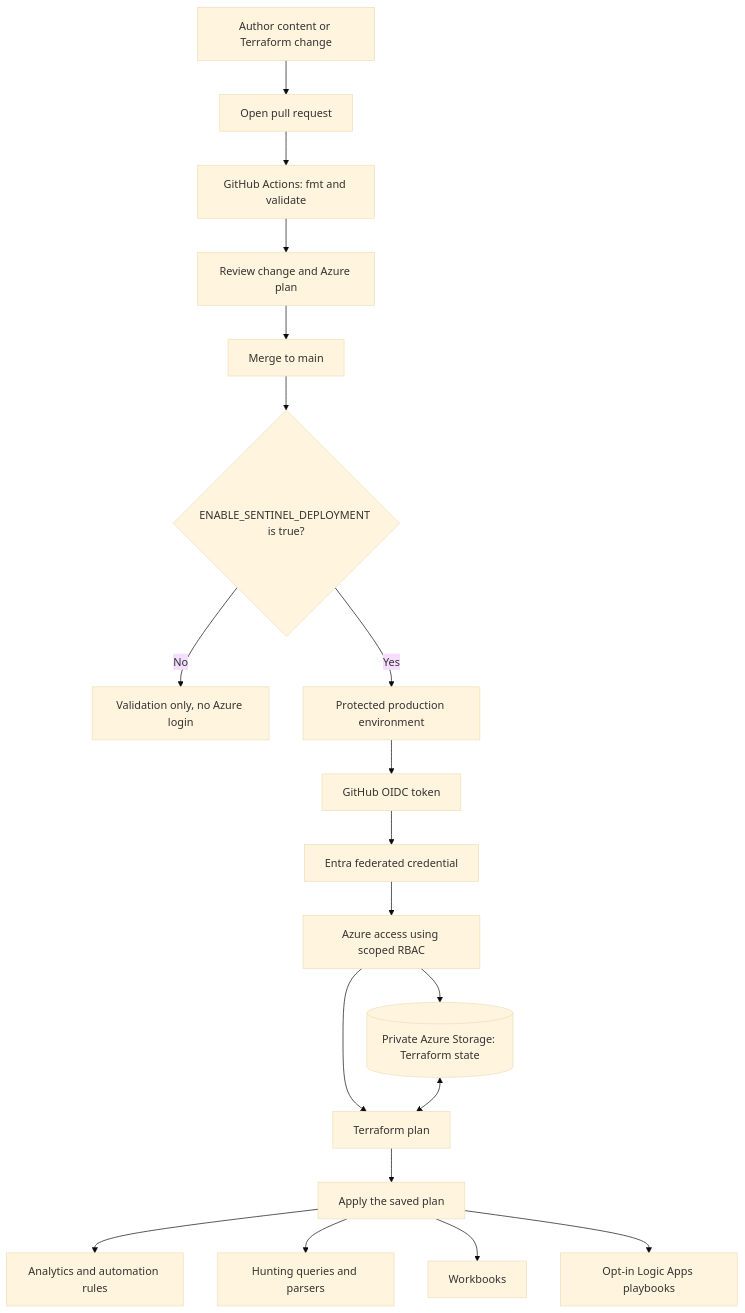
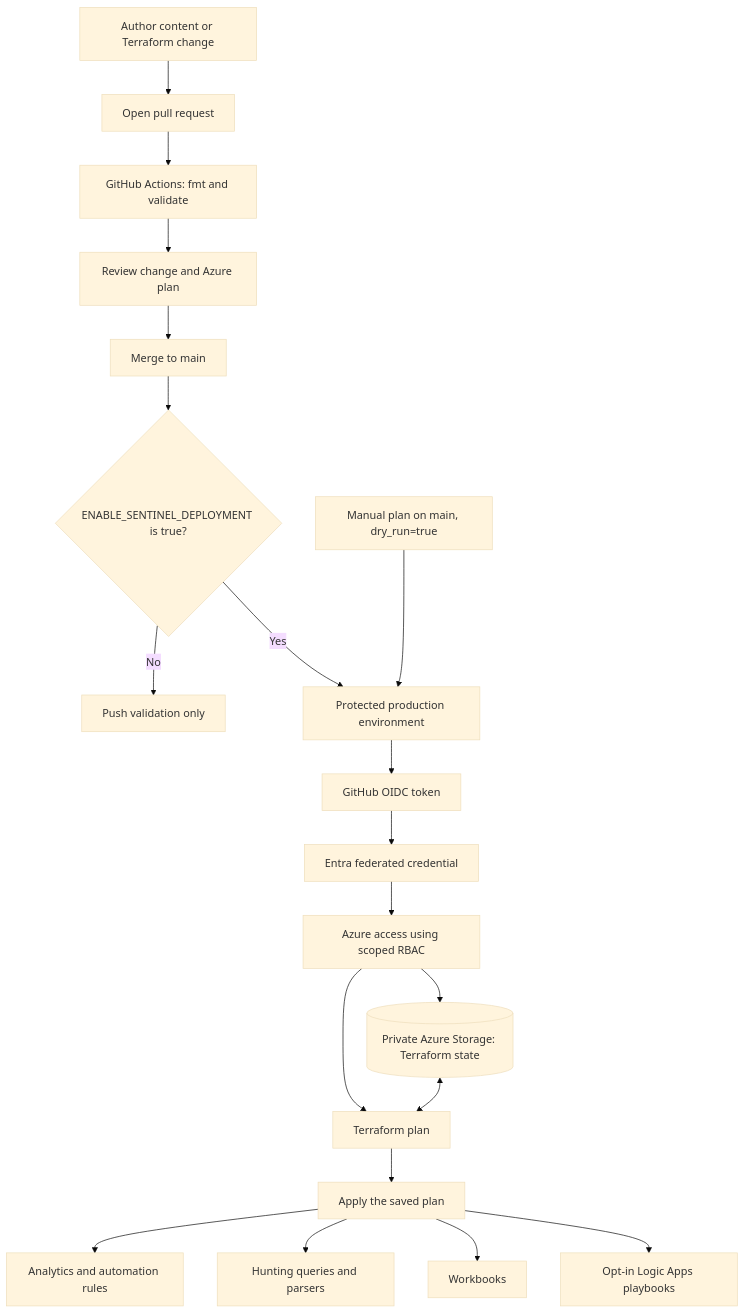
Before and after one commit to urosbabic/sentinel-terraform: the diagram in docs/deployment.md, drawn with Mermaid (base theme). The commit also changed other lines of this file and 4 other files, not shown here.

First line of the commit message:
feat: enable safe Sentinel plan-only workflow

````diff
--- a/docs/deployment.md
+++ b/docs/deployment.md
@@ -8,21 +8,22 @@
 ```mermaid
 flowchart TB
     Author["Author content or Terraform change"] --> PR["Open pull request"]
     PR --> Validate["GitHub Actions: fmt and validate"]
     Validate --> Approve["Review change and Azure plan"]
     Approve --> Merge["Merge to main"]
     Merge --> Enabled{"ENABLE_SENTINEL_DEPLOYMENT is true?"}
-    Enabled -->|No| Disabled["Validation only, no Azure login"]
+    Enabled -->|No| Disabled["Push validation only"]
     Enabled -->|Yes| Environment["Protected production environment"]
+    Manual["Manual plan on main, dry_run=true"] --> Environment
     Environment --> Token["GitHub OIDC token"]
     Token --> Entra["Entra federated credential"]
     Entra --> Azure["Azure access using scoped RBAC"]
     Azure --> State[("Private Azure Storage: Terraform state")]
     Azure --> Terraform["Terraform plan"]
     State <--> Terraform
     Terraform --> Apply["Apply the saved plan"]
     Apply --> Rules["Analytics and automation rules"]
     Apply --> Saved["Hunting queries and parsers"]
     Apply --> Workbook["Workbooks"]
     Apply --> Logic["Opt-in Logic Apps playbooks"]
 ```
````
